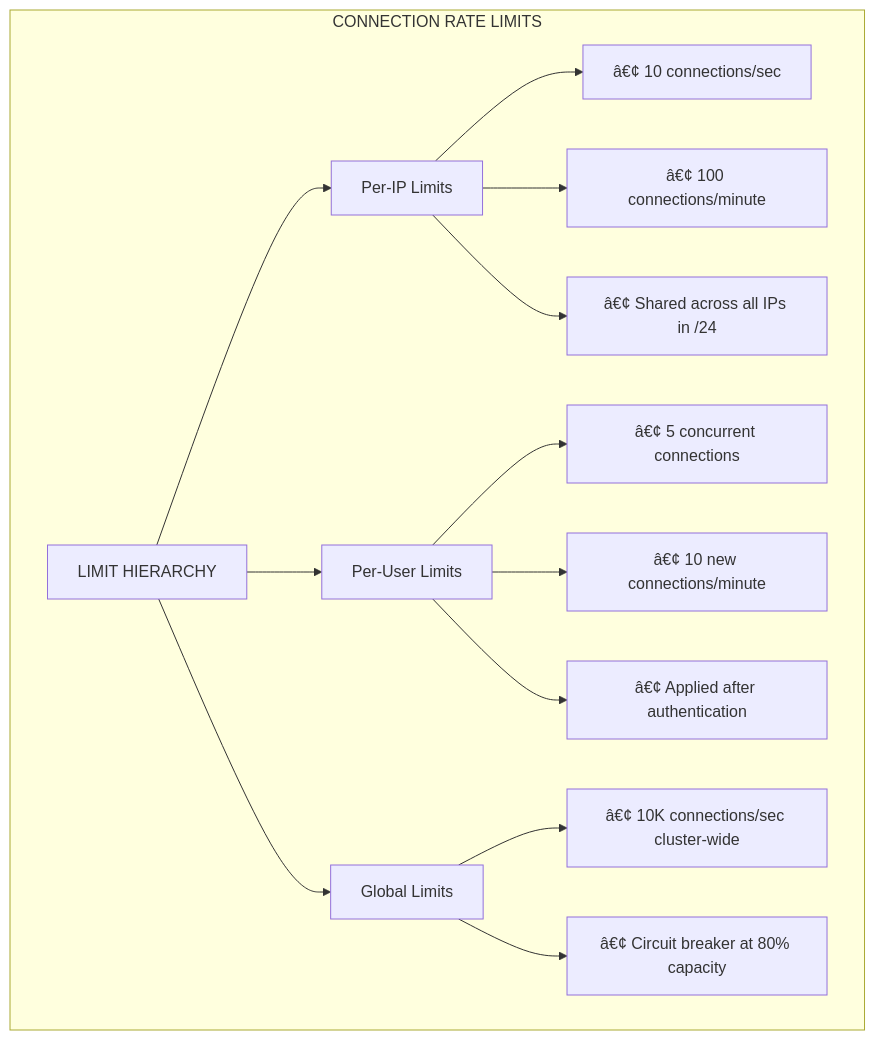
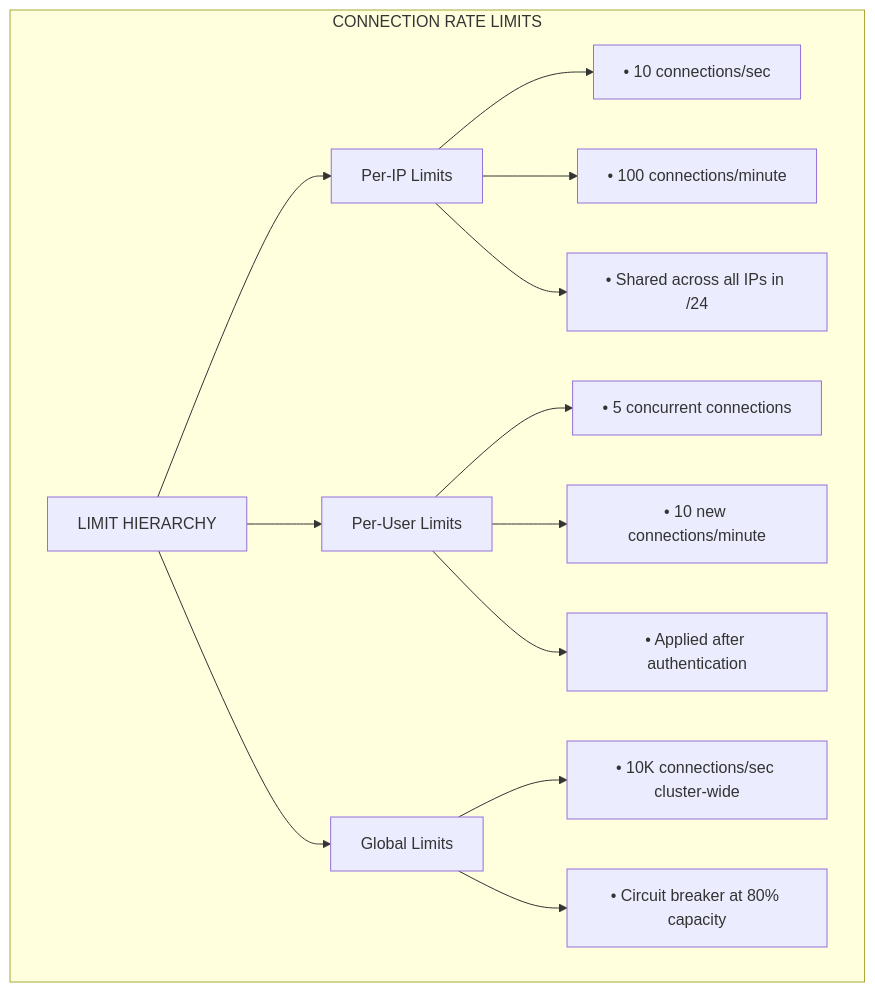
Before and after one commit to ae-lexs/realtime-messaging-platform: the third of 13 diagrams in docs/ADR-013.md, drawn with Mermaid. The commit also changed other lines of this file and 4 other files, not shown here.

````diff
--- a/docs/ADR-013.md
+++ b/docs/ADR-013.md
@@ -247,32 +247,32 @@
 ```mermaid
 flowchart TB
     subgraph Limits["CONNECTION RATE LIMITS"]
         LH["LIMIT HIERARCHY"]
         
         IP["Per-IP Limits"]
-        IP1["â€¢ 10 connections/sec"]
-        IP2["â€¢ 100 connections/minute"]
-        IP3["â€¢ Shared across all IPs in /24"]
+        IP1["• 10 connections/sec"]
+        IP2["• 100 connections/minute"]
+        IP3["• Shared across all IPs in /24"]
         
         USER["Per-User Limits"]
-        USER1["â€¢ 5 concurrent connections"]
-        USER2["â€¢ 10 new connections/minute"]
-        USER3["â€¢ Applied after authentication"]
+        USER1["• 5 concurrent connections"]
+        USER2["• 10 new connections/minute"]
+        USER3["• Applied after authentication"]
         
         GLOBAL["Global Limits"]
-        GLOBAL1["â€¢ 10K connections/sec cluster-wide"]
-        GLOBAL2["â€¢ Circuit breaker at 80% capacity"]
+        GLOBAL1["• 10K connections/sec cluster-wide"]
+        GLOBAL2["• Circuit breaker at 80% capacity"]
         
         LH --> IP
         IP --> IP1
         IP --> IP2
         IP --> IP3
         LH --> USER
         USER --> USER1
         USER --> USER2
         USER --> USER3
         LH --> GLOBAL
         GLOBAL --> GLOBAL1
         GLOBAL --> GLOBAL2
     end
 ```
````
